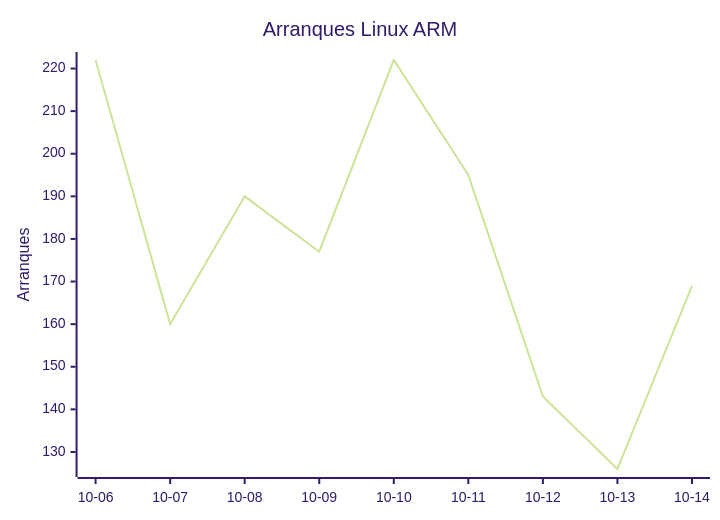
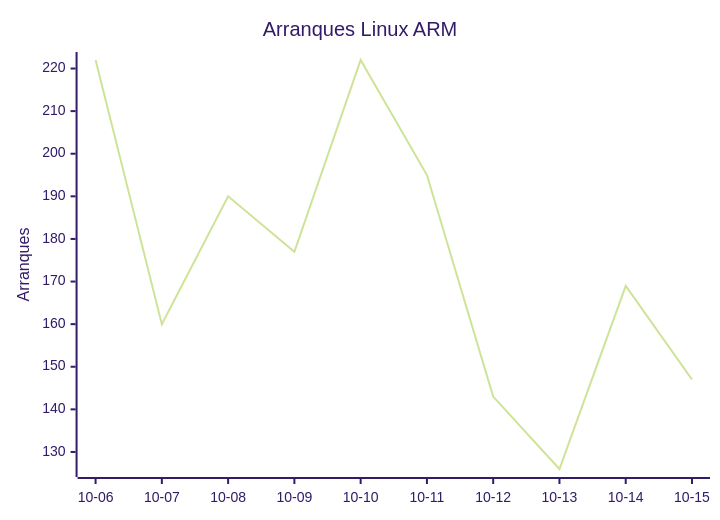
The second of 8 diagrams in README.md (EmuDeck/stats), drawn with Mermaid (forest theme) before and after one commit. The commit also changed other lines of this file and 2 other files, not shown here.

````diff
--- a/README.md
+++ b/README.md
@@ -26,7 +26,7 @@
 ```mermaid
 xychart-beta
     title "Arranques Linux ARM"
-    x-axis ["10-06", "10-07", "10-08", "10-09", "10-10", "10-11", "10-12", "10-13", "10-14"]
+    x-axis ["10-06", "10-07", "10-08", "10-09", "10-10", "10-11", "10-12", "10-13", "10-14", "10-15"]
     y-axis "Arranques"
-    line [222, 160, 190, 177, 222, 195, 143, 126, 169]
+    line [222, 160, 190, 177, 222, 195, 143, 126, 169, 147]
 ```
````
